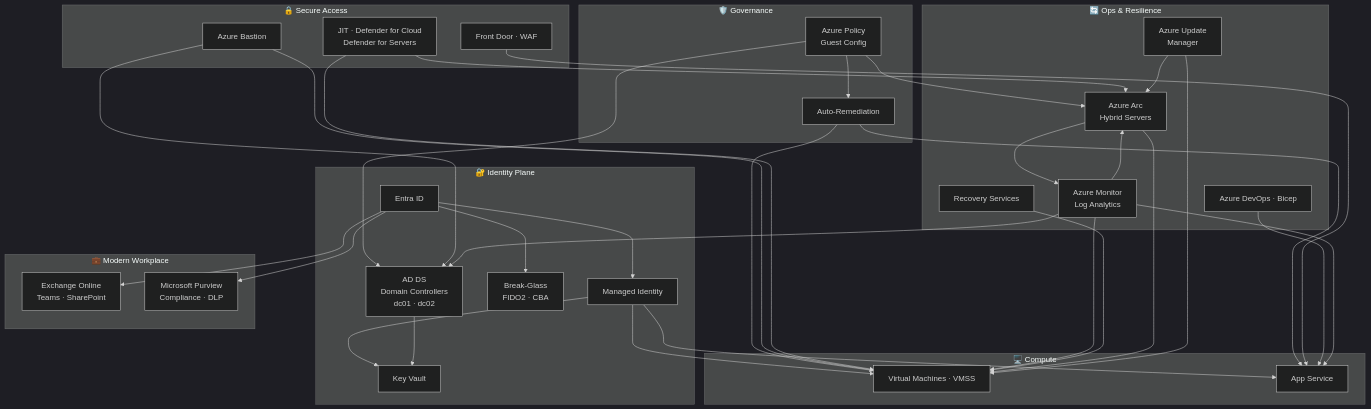
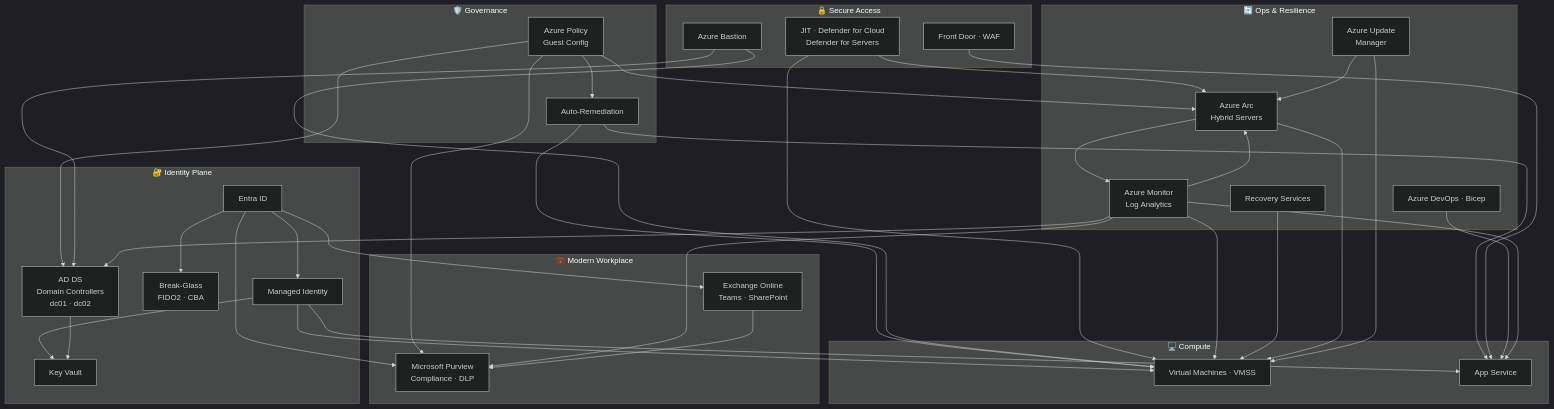
The diagram in README.md (nkadwaikar/azure-hands-on-engineering), drawn with Mermaid (dark theme) before and after one commit. The commit also changed 13 other files, not shown here.

````diff
--- a/README.md
+++ b/README.md
@@ -34,58 +34,61 @@
 ```mermaid
 flowchart TD
     subgraph Identity["🔐 Identity Plane"]
         EntraID["Entra ID"]
         MI["Managed Identity"]
         KV["Key Vault"]
         BG["Break-Glass\nFIDO2 · CBA"]
         ADDS["AD DS\nDomain Controllers\ndc01 · dc02"]
     end
     subgraph Governance["🛡️ Governance"]
         Policy["Azure Policy\nGuest Config"]
         Remediation["Auto-Remediation"]
     end
     subgraph Access["🔒 Secure Access"]
         Bastion["Azure Bastion"]
         JIT["JIT · Defender for Cloud\nDefender for Servers"]
         AFD["Front Door · WAF"]
     end
     subgraph Compute["🖥️ Compute"]
         VM["Virtual Machines · VMSS"]
         App["App Service"]
     end
     subgraph Ops["🔄 Ops & Resilience"]
         DevOps["Azure DevOps · Bicep"]
         Monitor["Azure Monitor\nLog Analytics"]
         Backup["Recovery Services"]
         Arc["Azure Arc\nHybrid Servers"]
         UpdateMgr["Azure Update\nManager"]
     end
     subgraph M365["💼 Modern Workplace"]
         ExO["Exchange Online\nTeams · SharePoint"]
         Purview["Microsoft Purview\nCompliance · DLP"]
     end
 
     EntraID --> MI
     EntraID --> BG
     MI --> KV
     MI --> App
     MI --> VM
     Policy --> Remediation
     Remediation --> VM & App
     Policy --> Arc
     Policy --> ADDS
     Bastion --> VM
     Bastion --> ADDS
     JIT --> VM
     JIT --> Arc
     AFD --> App
     DevOps --> App
     Monitor --> VM & App
     Monitor --> Arc
     Monitor --> ADDS
     Backup --> VM
     Arc --> VM & Monitor
     UpdateMgr --> VM & Arc
     ADDS --> KV
     EntraID --> ExO & Purview
+    Policy --> Purview
+    Monitor --> Purview
+    ExO --> Purview
 ```
````
